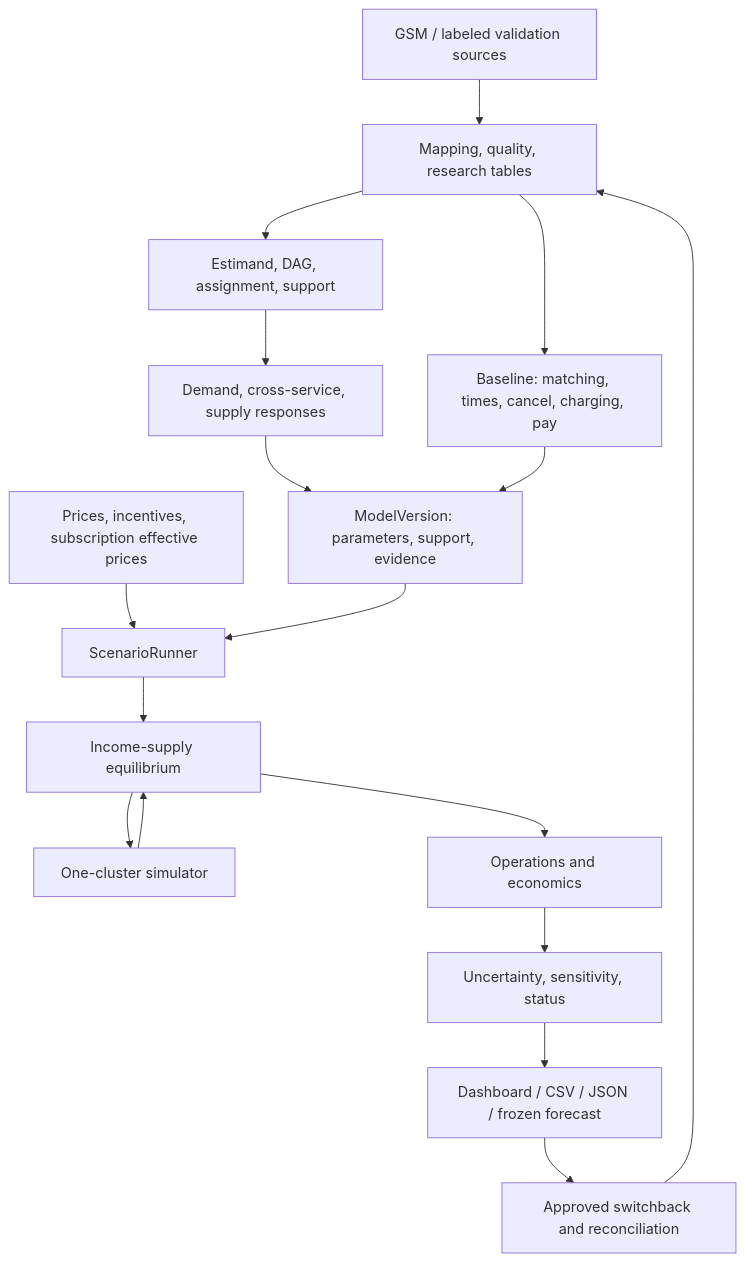
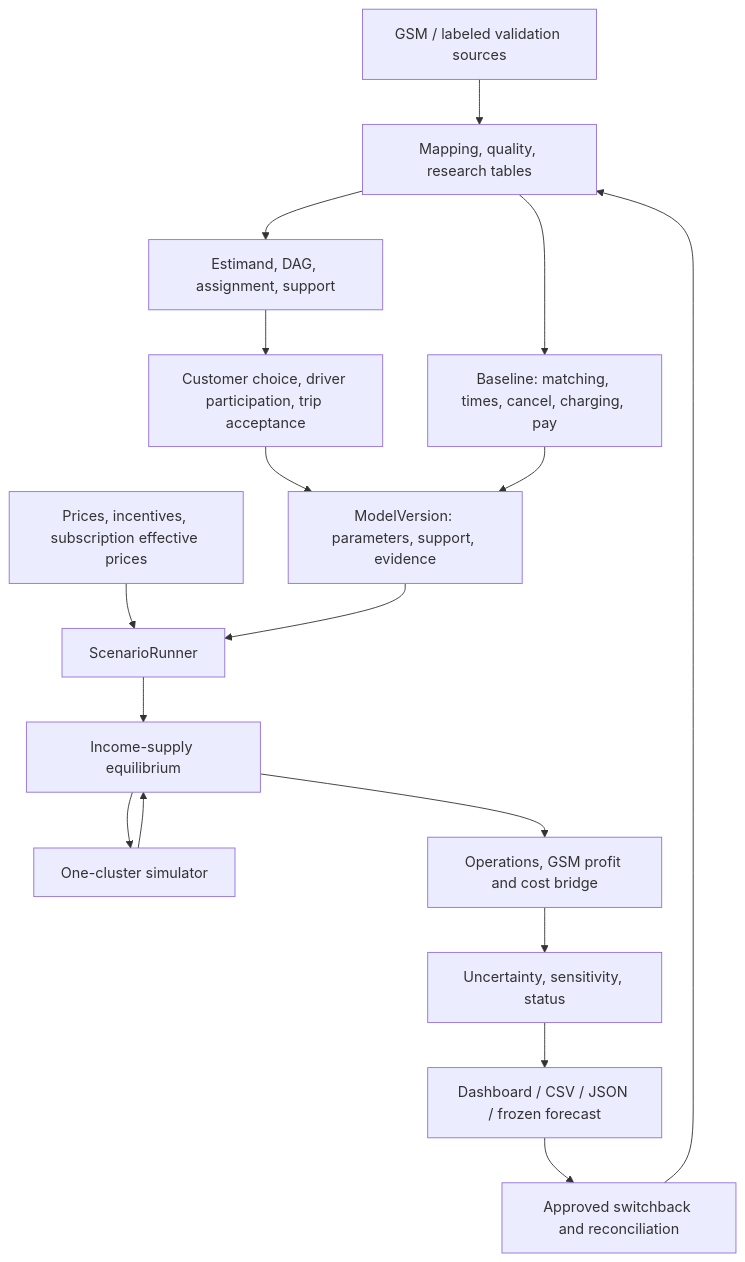
Before and after one commit to Muscar1a/gsm-ride-hailing: the first of 2 diagrams in docs/reference/CORE_ENGINE_DESIGN.md, drawn with Mermaid. The commit also changed other lines of this file and 7 other files, not shown here.

First line of the commit message:
docs: align profit-centric objective and driver response architecture

````diff
--- a/docs/reference/CORE_ENGINE_DESIGN.md
+++ b/docs/reference/CORE_ENGINE_DESIGN.md
@@ -71,19 +88,19 @@
 ```mermaid
 flowchart TD
     Sources["GSM / labeled validation sources"] --> Data["Mapping, quality, research tables"]
     Data --> Identification["Estimand, DAG, assignment, support"]
-    Identification --> Responses["Demand, cross-service, supply responses"]
+    Identification --> Responses["Customer choice, driver participation, trip acceptance"]
     Data --> Calibration["Baseline: matching, times, cancel, charging, pay"]
     Responses --> Version["ModelVersion: parameters, support, evidence"]
     Calibration --> Version
     Policy["Prices, incentives, subscription effective prices"] --> Runner["ScenarioRunner"]
     Version --> Runner
     Runner --> Solver["Income-supply equilibrium"]
     Solver --> Simulator["One-cluster simulator"]
     Simulator --> Solver
-    Solver --> Economics["Operations and economics"]
+    Solver --> Economics["Operations, GSM profit and cost bridge"]
     Economics --> Uncertainty["Uncertainty, sensitivity, status"]
     Uncertainty --> Output["Dashboard / CSV / JSON / frozen forecast"]
     Output --> Experiment["Approved switchback and reconciliation"]
     Experiment --> Data
 ```
````
